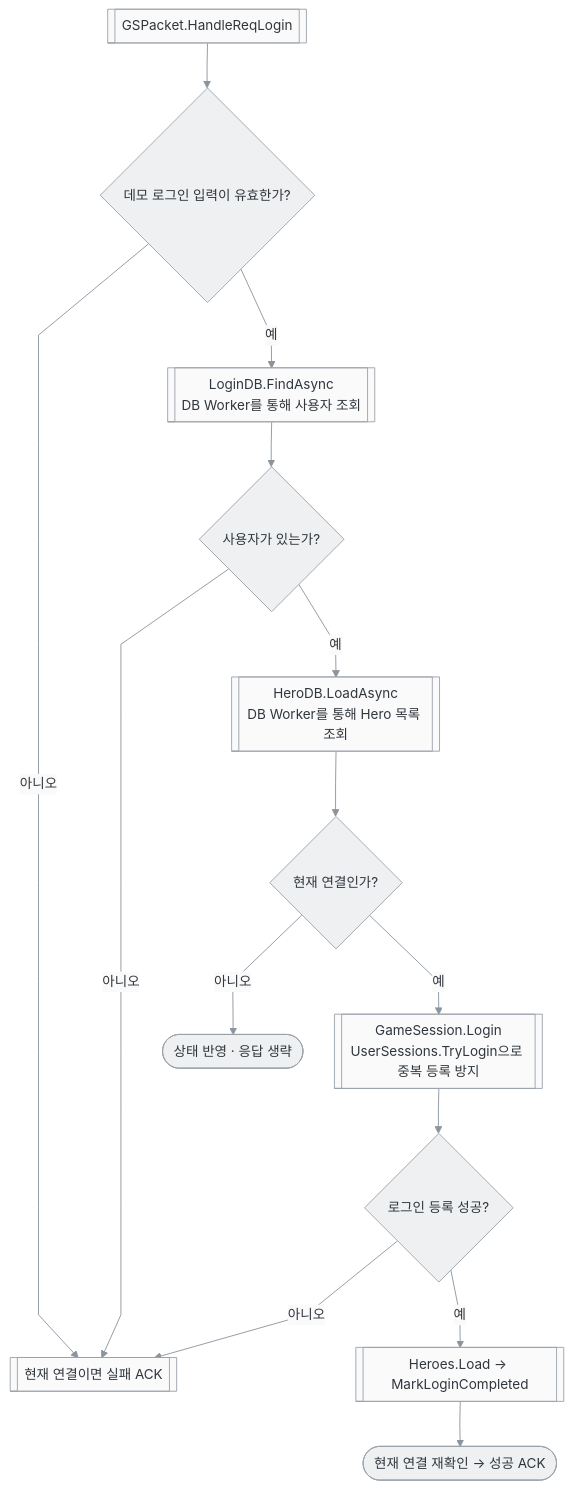
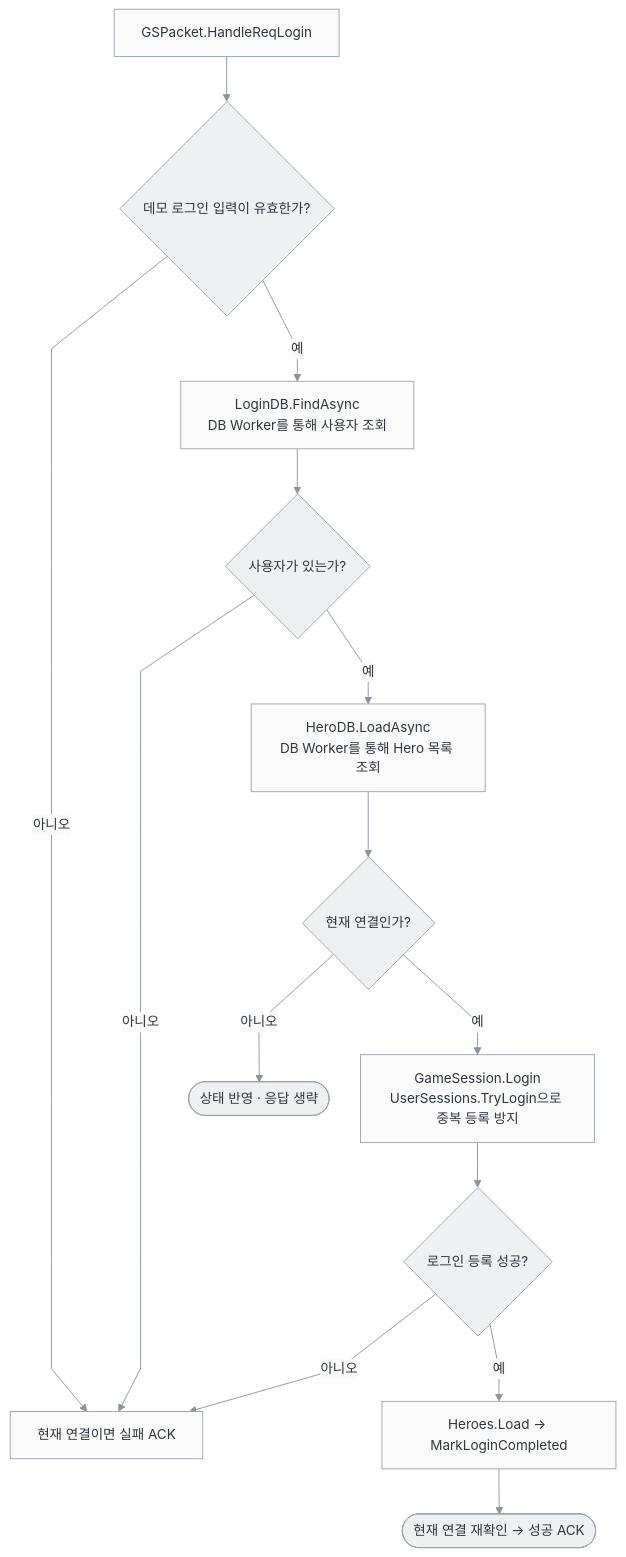
The third of 7 diagrams in docs/SERVER_ARCHITECTURE.md (GodDongjin/CSharpServer_Portfolio), drawn with Mermaid before and after one commit. The commit also changed other lines of this file, not shown here.

Commit message:
docs: align architecture diagrams with actual call order and lifecycle

````diff
--- a/docs/SERVER_ARCHITECTURE.md
+++ b/docs/SERVER_ARCHITECTURE.md
@@ -86,29 +87,29 @@
 ```mermaid
 %%{init: {"theme": "base", "themeVariables": {"fontFamily": "Segoe UI, Malgun Gothic, sans-serif", "fontSize": "15px", "primaryColor": "#fafafa", "primaryTextColor": "#30363d", "primaryBorderColor": "#8b949e", "lineColor": "#8b949e", "secondaryColor": "#f2f3f4", "tertiaryColor": "#fafafa", "textColor": "#30363d", "actorBkg": "#f6f7f8", "actorBorder": "#8b949e", "actorTextColor": "#30363d", "signalColor": "#8b949e", "signalTextColor": "#30363d", "noteBkgColor": "#f6f7f8", "noteTextColor": "#30363d", "noteBorderColor": "#8b949e", "labelBoxBkgColor": "#f6f7f8", "labelTextColor": "#30363d", "clusterBkg": "#f6f7f8", "clusterBorder": "#c5cbd1", "edgeLabelBackground": "#fafafa", "activationBkgColor": "#e6e8eb", "activationBorderColor": "#8b949e", "sequenceNumberColor": "#ffffff"}, "flowchart": {"curve": "linear", "nodeSpacing": 35, "rankSpacing": 50}, "sequence": {"mirrorActors": false, "actorMargin": 35, "messageMargin": 30}}}%%
 flowchart TD
-    P[["GSPacket.HandleReqLogin"]] --> Input{"데모 로그인 입력이 유효한가?"}
-    Input -->|아니오| Error[["현재 연결이면 실패 ACK"]]
-    Input -->|예| User[["LoginDB.FindAsync<br/>DB Worker를 통해 사용자 조회"]]
+    P["GSPacket.HandleReqLogin"] --> Input{"데모 로그인 입력이 유효한가?"}
+    Input -->|아니오| Error["현재 연결이면 실패 ACK"]
+    Input -->|예| User["LoginDB.FindAsync<br/>DB Worker를 통해 사용자 조회"]
     User --> Exists{"사용자가 있는가?"}
     Exists -->|아니오| Error
-    Exists -->|예| Hero[["HeroDB.LoadAsync<br/>DB Worker를 통해 Hero 목록 조회"]]
+    Exists -->|예| Hero["HeroDB.LoadAsync<br/>DB Worker를 통해 Hero 목록 조회"]
     Hero --> Current{"현재 연결인가?"}
     Current -->|아니오| Skip(["상태 반영 · 응답 생략"])
-    Current -->|예| Login[["GameSession.Login<br/>UserSessions.TryLogin으로 중복 등록 방지"]]
+    Current -->|예| Login["GameSession.Login<br/>UserSessions.TryLogin으로 중복 등록 방지"]
     Login --> Success{"로그인 등록 성공?"}
     Success -->|아니오| Error
-    Success -->|예| Load[["Heroes.Load → MarkLoginCompleted"]]
+    Success -->|예| Load["Heroes.Load → MarkLoginCompleted"]
     Load --> Ack(["현재 연결 재확인 → 성공 ACK"])
     classDef network fill:#fafafa,stroke:#9aa2aa,color:#30363d,stroke-width:1px
     classDef game fill:#fafafa,stroke:#9aa2aa,color:#30363d,stroke-width:1px
     classDef storage fill:#fafafa,stroke:#9aa2aa,color:#30363d,stroke-width:1px
     classDef queue fill:#fafafa,stroke:#9aa2aa,color:#30363d,stroke-width:1px
     classDef decision fill:#eef0f2,stroke:#9aa2aa,color:#30363d,stroke-width:1px
     classDef error fill:#fafafa,stroke:#9aa2aa,color:#30363d,stroke-width:1px
     classDef terminal fill:#eef0f2,stroke:#9aa2aa,color:#30363d,stroke-width:1px
     class P,Login,Load game
     class User,Hero storage
     class Input,Exists,Current,Success decision
     class Error error
     class Skip,Ack terminal
 ```
````
